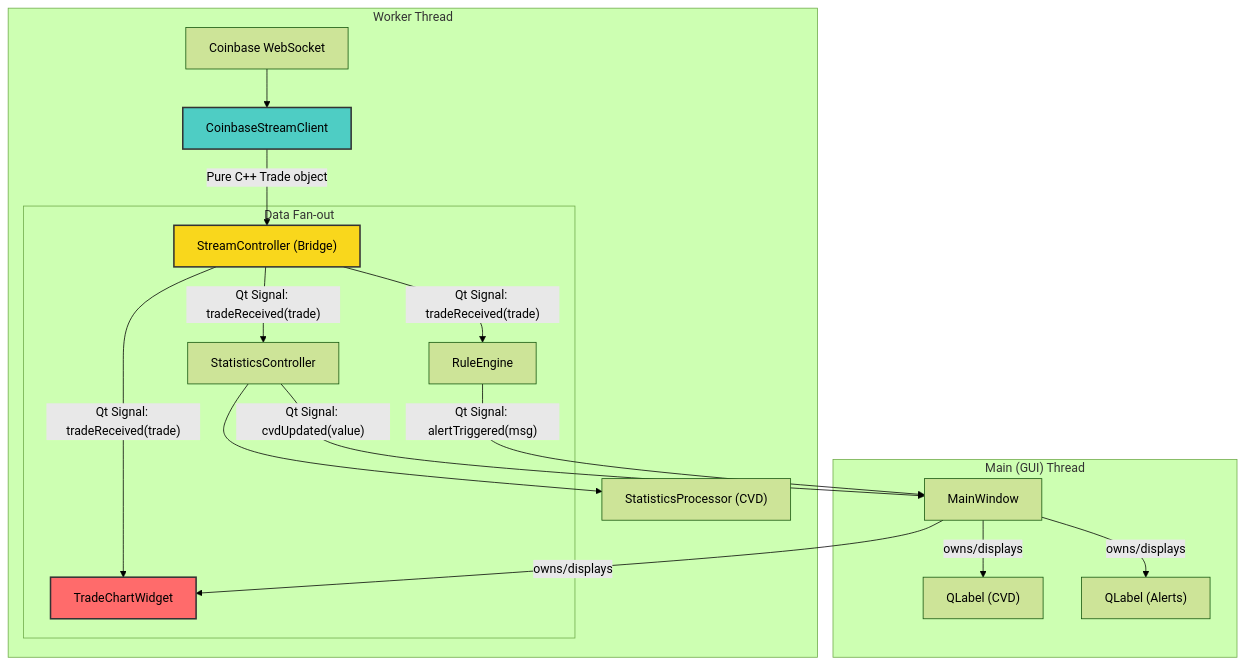
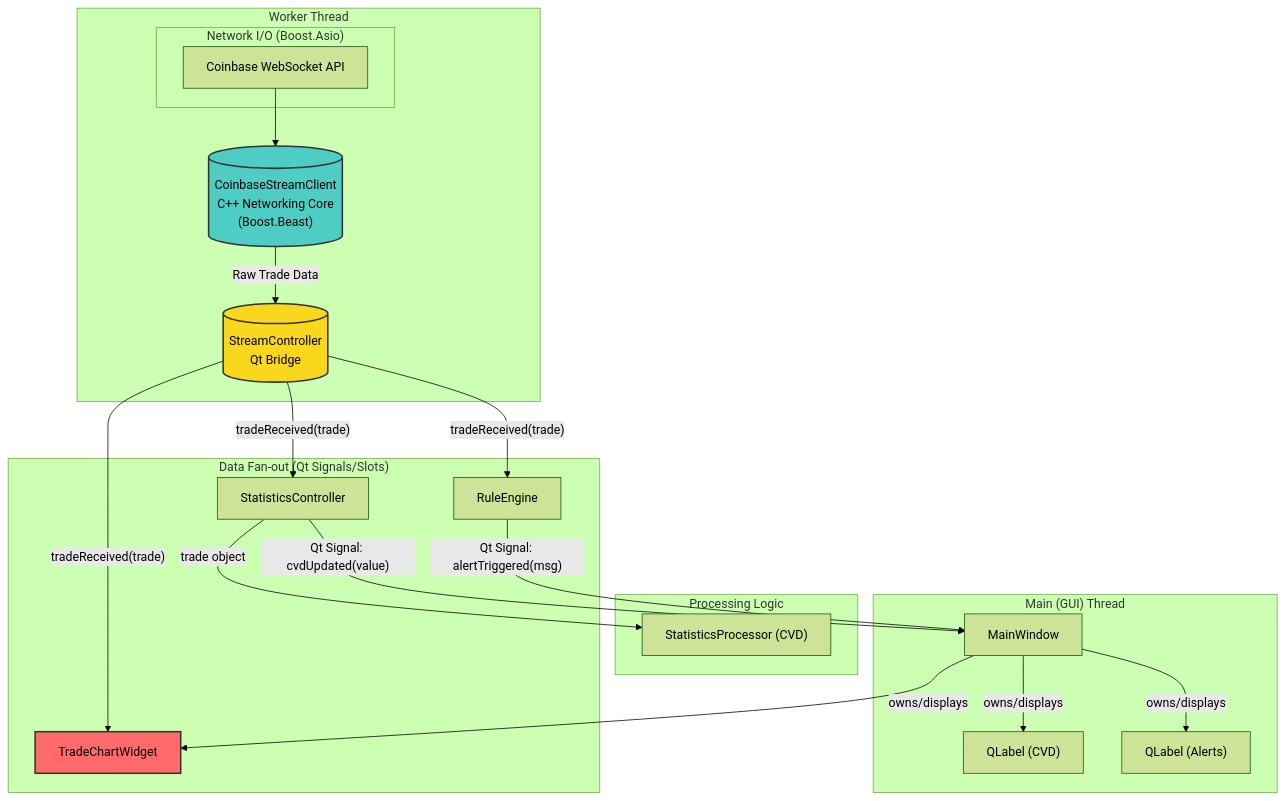
One commit to pattty847/Sentinel changed the diagram in docs/ARCHITECTURE.md. Above: the diagram before and after it, drawn with Mermaid (forest theme). The commit also changed other lines of this file and 16 other files, not shown here.

````diff
--- a/docs/ARCHITECTURE.md
+++ b/docs/ARCHITECTURE.md
@@ -3,28 +3,35 @@
 ```mermaid
 graph TD
     subgraph "Worker Thread"
-        WS["Coinbase WebSocket"] --> CS["CoinbaseStreamClient"];
-        CS -- "Pure C++ Trade object" --> SC["StreamController (Bridge)"];
+        subgraph "Network I/O (Boost.Asio)"
+            WS["Coinbase WebSocket API"];
+        end
         
-        subgraph "Data Fan-out"
-            SC -- "Qt Signal: tradeReceived(trade)" --> STATS["StatisticsController"];
-            SC -- "Qt Signal: tradeReceived(trade)" --> RULES["RuleEngine"];
-            SC -- "Qt Signal: tradeReceived(trade)" --> CHART["TradeChartWidget"];
-        end
+        CS[("CoinbaseStreamClient <br> C++ Networking Core <br> (Boost.Beast)")] -- "Raw Trade Data" --> SC[("StreamController <br> Qt Bridge")];
+    end
 
-        STATS --> PROC["StatisticsProcessor (CVD)"];
+    subgraph "Data Fan-out (Qt Signals/Slots)"
+        SC -- "tradeReceived(trade)" --> STATS["StatisticsController"];
+        SC -- "tradeReceived(trade)" --> RULES["RuleEngine"];
+        SC -- "tradeReceived(trade)" --> CHART["TradeChartWidget"];
+    end
+
+    subgraph "Processing Logic"
+        STATS -- "trade object" --> PROC["StatisticsProcessor (CVD)"];
     end
 
     subgraph "Main (GUI) Thread"
         MW["MainWindow"] -- "owns/displays" --> CHART;
         MW -- "owns/displays" --> CVD_LABEL["QLabel (CVD)"];
         MW -- "owns/displays" --> ALERT_LABEL["QLabel (Alerts)"];
         
         STATS -- "Qt Signal: cvdUpdated(value)" --> MW;
         RULES -- "Qt Signal: alertTriggered(msg)" --> MW;
     end
     
+    WS --> CS;
+
     style CS fill:#4ecdc4,stroke:#333,stroke-width:2px
     style SC fill:#f9d71c,stroke:#333,stroke-width:2px
     style CHART fill:#ff6b6b,stroke:#333,stroke-width:2px
 ```
````
